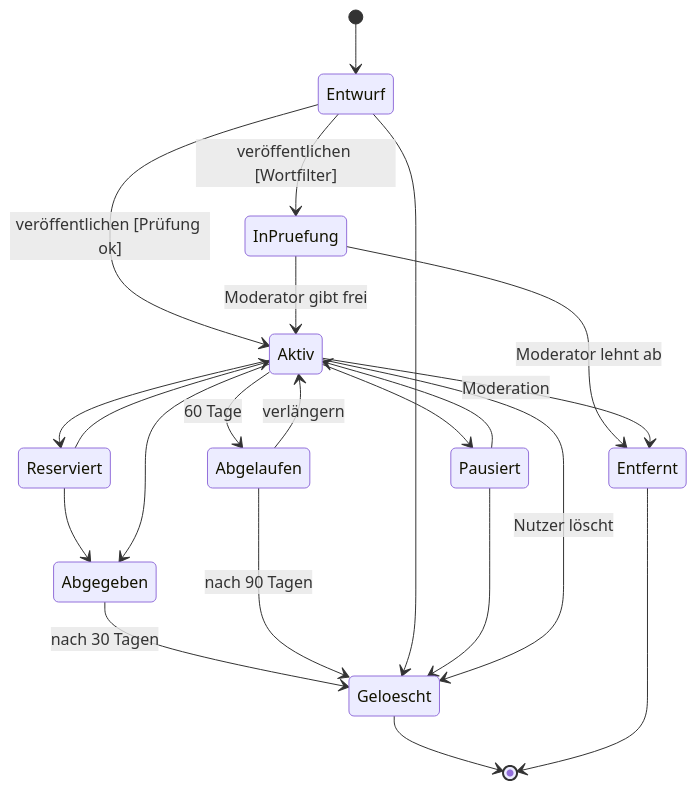
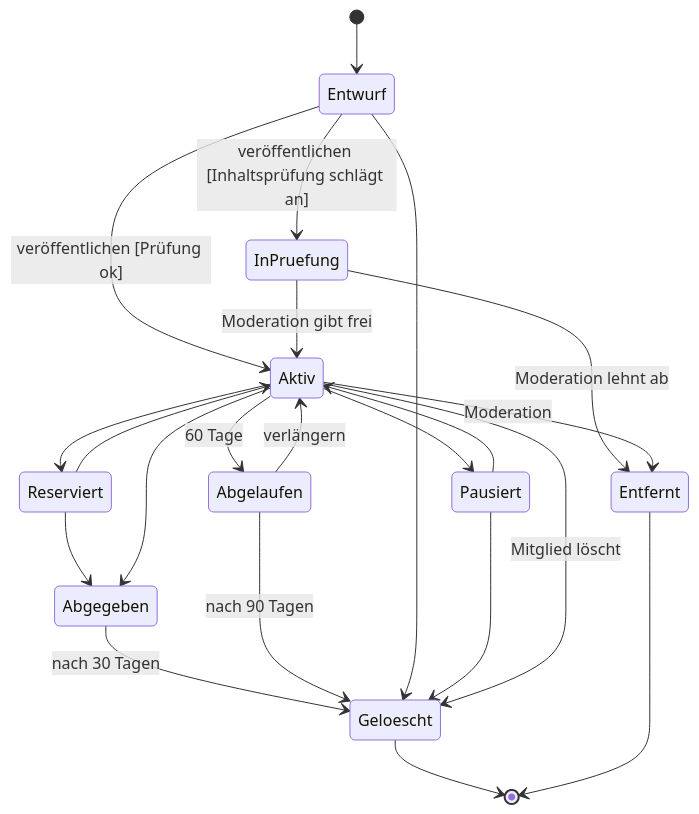
Before and after one commit to CaRo10Robert/SWeng_projekt2026: the first of 2 diagrams in docs/02-anforderungen/02-anforderungen.md, drawn with Mermaid. The commit also changed other lines of this file and 107 other files, not shown here.

````diff
--- a/docs/02-anforderungen/02-anforderungen.md
+++ b/docs/02-anforderungen/02-anforderungen.md
@@ -102,24 +81,24 @@
 ```mermaid
 stateDiagram-v2
     [*] --> Entwurf
     Entwurf --> Aktiv : veröffentlichen [Prüfung ok]
-    Entwurf --> InPruefung : veröffentlichen [Wortfilter]
-    InPruefung --> Aktiv : Moderator gibt frei
-    InPruefung --> Entfernt : Moderator lehnt ab
+    Entwurf --> InPruefung : veröffentlichen [Inhaltsprüfung schlägt an]
+    InPruefung --> Aktiv : Moderation gibt frei
+    InPruefung --> Entfernt : Moderation lehnt ab
     Aktiv --> Pausiert
     Pausiert --> Aktiv
     Aktiv --> Reserviert
     Reserviert --> Aktiv
     Reserviert --> Abgegeben
     Aktiv --> Abgegeben
     Aktiv --> Abgelaufen : 60 Tage
     Abgelaufen --> Aktiv : verlängern
     Aktiv --> Entfernt : Moderation
     Abgegeben --> Geloescht : nach 30 Tagen
     Abgelaufen --> Geloescht : nach 90 Tagen
     Entwurf --> Geloescht
     Pausiert --> Geloescht
-    Aktiv --> Geloescht : Nutzer löscht
+    Aktiv --> Geloescht : Mitglied löscht
     Geloescht --> [*]
     Entfernt --> [*]
 ```
````
